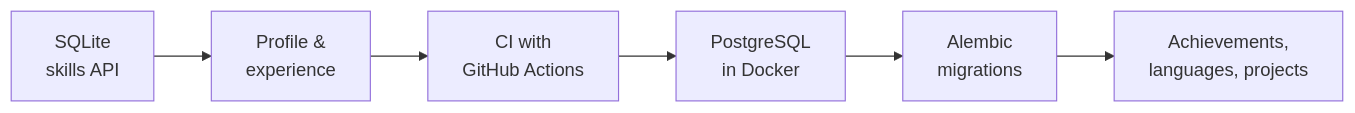
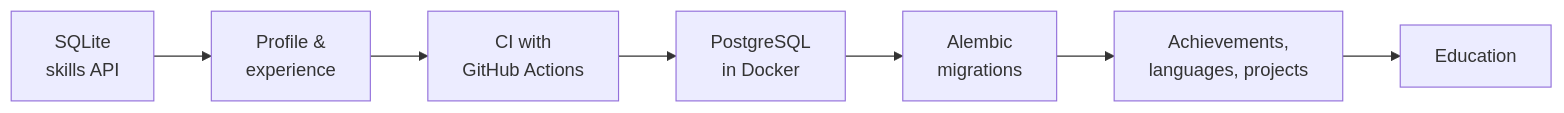
The second of 2 diagrams in README.md (GioStack/career-copilot), drawn with Mermaid before and after one commit. The commit also changed other lines of this file, not shown here.

Commit message:
docs: add education to README status

````diff
--- a/README.md
+++ b/README.md
@@ -57,4 +57,4 @@
 ```mermaid
 flowchart LR
-    A["SQLite<br/>skills API"] --> B["Profile &<br/>experience"] --> C["CI with<br/>GitHub Actions"] --> D["PostgreSQL<br/>in Docker"] --> E["Alembic<br/>migrations"] --> F["Achievements,<br/>languages, projects"]
+    A["SQLite<br/>skills API"] --> B["Profile &<br/>experience"] --> C["CI with<br/>GitHub Actions"] --> D["PostgreSQL<br/>in Docker"] --> E["Alembic<br/>migrations"] --> F["Achievements,<br/>languages, projects"] --> G["Education"]
 ```
````
